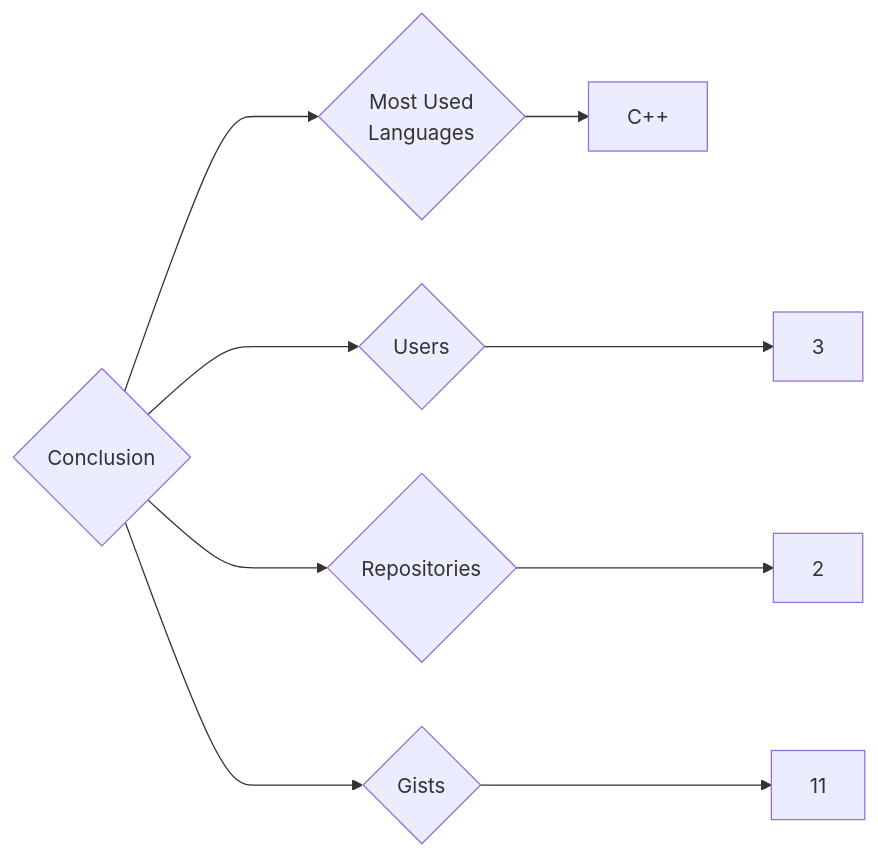
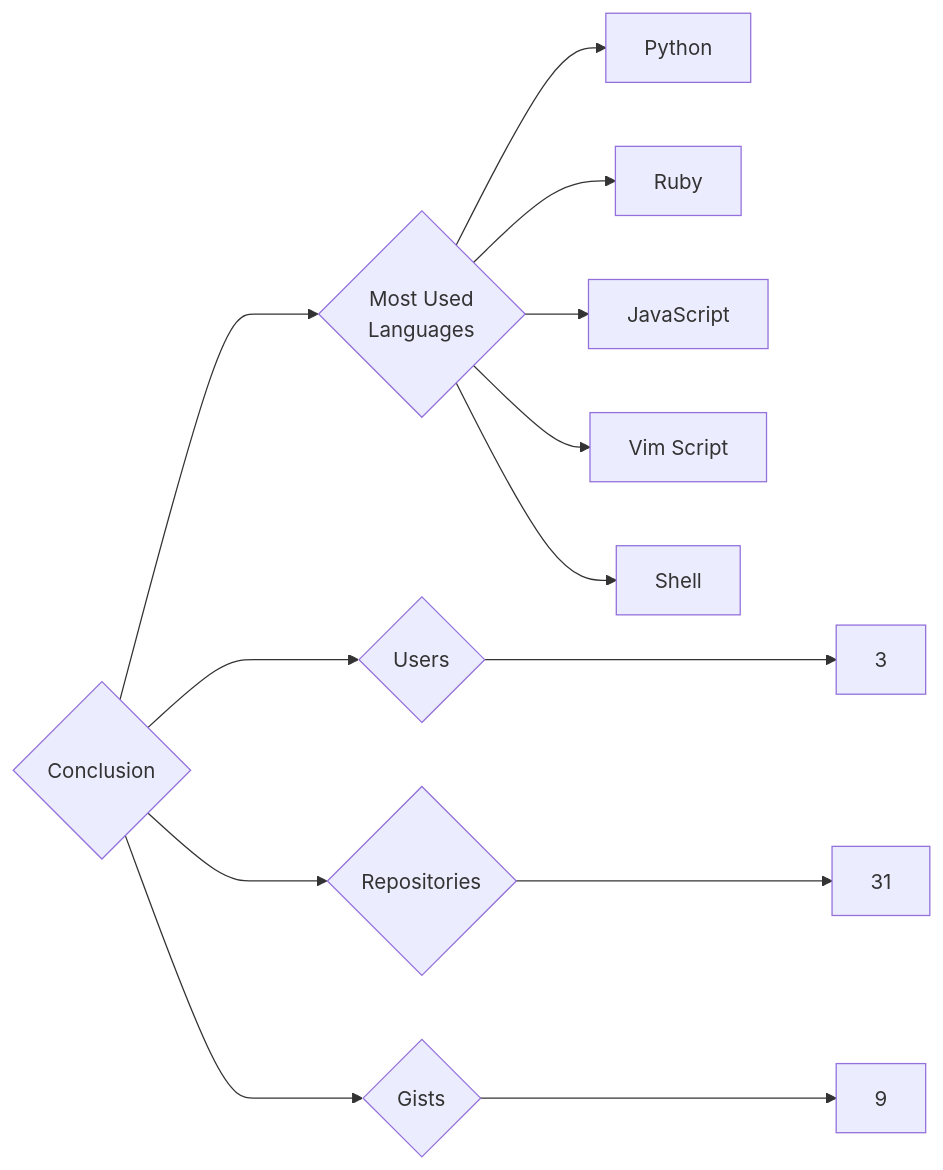
The diagram in targets/Conclusion/README.md (trickest/insiders), drawn with Mermaid before and after one commit. The commit also changed 912 other files, not shown here.

````diff
--- a/targets/Conclusion/README.md
+++ b/targets/Conclusion/README.md
@@ -3,9 +3,13 @@
 ```mermaid
 graph LR
 COMPANY_NAME{Conclusion}
 COMPANY_NAME ---> U{Users} ---> UN[3]
-COMPANY_NAME ---> R{Repositories} ---> RN[2]
-COMPANY_NAME ---> G{Gists} ---> GN[11]
+COMPANY_NAME ---> R{Repositories} ---> RN[31]
+COMPANY_NAME ---> G{Gists} ---> GN[9]
 COMPANY_NAME ---> ML{Most Used<br>Languages}
-ML --> C++[C++]
+ML --> Python[Python]
+ML --> Ruby[Ruby]
+ML --> JavaScript[JavaScript]
+ML --> Vim_Script[Vim Script]
+ML --> Shell[Shell]
 ```
````
